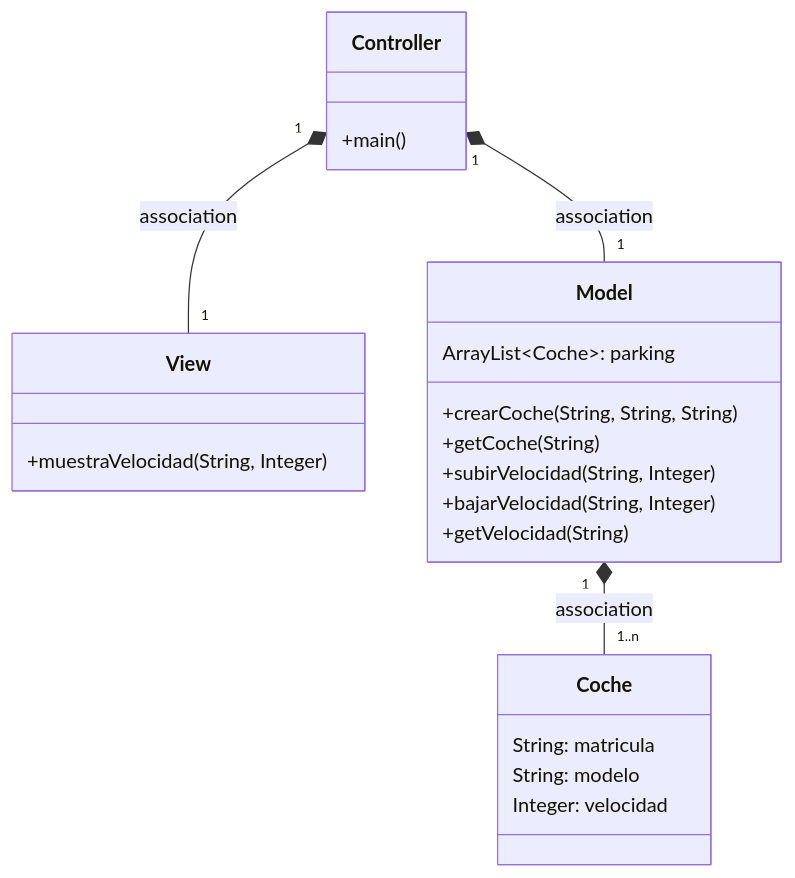
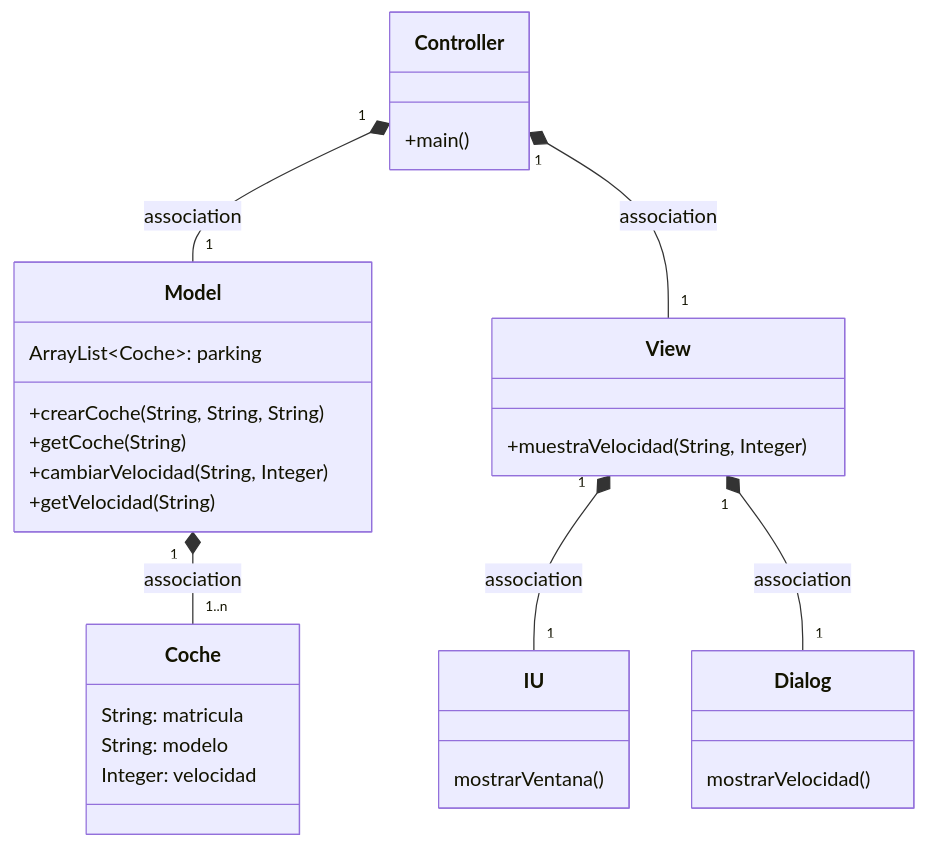
The first of 3 diagrams in Readme.md (damiancastelao/MVC_coches_solucion), drawn with Mermaid before and after one commit. The commit also changed other lines of this file and 7 other files, not shown here.

````diff
--- a/Readme.md
+++ b/Readme.md
@@ -8,24 +8,28 @@
 ```mermaid
 classDiagram
     class Coche {
         String: matricula
         String: modelo
         Integer: velocidad
     }
       class Controller{
           +main()
       }
       class View {+muestraVelocidad(String, Integer)}
       class Model {
           ArrayList~Coche~: parking
           +crearCoche(String, String, String)
           +getCoche(String)
-          +subirVelocidad(String, Integer)
-          +bajarVelocidad(String, Integer)
+          +cambiarVelocidad(String, Integer)
           +getVelocidad(String)
       }
+      
+      class IU { mostrarVentana()}
+      
+      class Dialog { mostrarVelocidad() }
     Controller "1" *-- "1" Model : association
     Controller "1" *-- "1" View : association
     Model "1" *-- "1..n" Coche : association
-      
+    View "1" *-- "1" IU : association
+    View "1" *-- "1" Dialog : association
 ```
````
